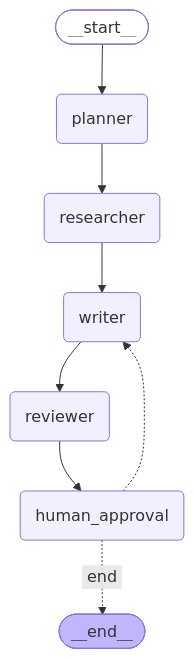
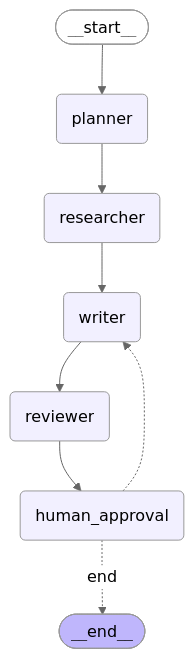
One commit to marohrdanz/zetagraph changed the diagram in README.md. Above: the diagram before and after it, drawn with Mermaid.

Commit message:
Add neutral theme to mermaid diagram
Trying to make this look better in dark mode.

````diff
--- a/README.md
+++ b/README.md
@@ -222,20 +222,21 @@
 ```mermaid
+%%{init: {'theme':'neutral'}}%%
 graph TD;
 	__start__([<p>__start__</p>]):::first
 	planner(planner)
 	researcher(researcher)
 	writer(writer)
 	reviewer(reviewer)
 	human_approval(human_approval)
 	__end__([<p>__end__</p>]):::last
 	__start__ --> planner;
 	human_approval -. &nbsp;end&nbsp; .-> __end__;
 	human_approval -.-> writer;
 	planner --> researcher;
 	researcher --> writer;
 	reviewer --> human_approval;
 	writer --> reviewer;
 	classDef default fill:#f2f0ff,line-height:1.2
 	classDef first fill-opacity:0
 	classDef last fill:#bfb6fc
 ```
````
